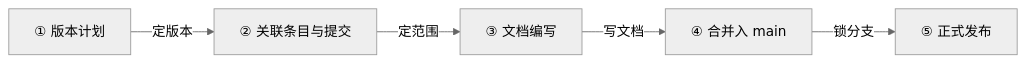
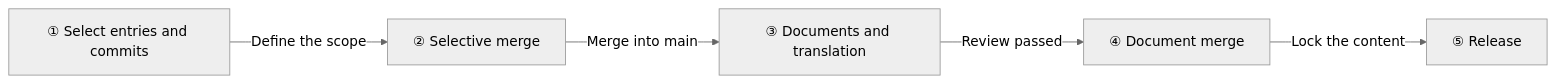
Before and after one commit to adichou/agent-team-board: the second of 4 diagrams in DESIGN_en.md, drawn with Mermaid (neutral theme). The commit also changed other lines of this file and 11 other files, not shown here.

````diff
--- a/DESIGN_en.md
+++ b/DESIGN_en.md
@@ -113,7 +115,7 @@
 ```mermaid
 flowchart LR
-    A["① 版本计划"] -->|"定版本"| B["② 关联条目与提交"]
-    B -->|"定范围"| C["③ 文档编写"]
-    C -->|"写文档"| D["④ 合并入 main"]
-    D -->|"锁分支"| E["⑤ 正式发布"]
+    A["① Select entries and commits"] -->|"Define the scope"| B["② Selective merge"]
+    B -->|"Merge into main"| C["③ Documents and translation"]
+    C -->|"Review passed"| D["④ Document merge"]
+    D -->|"Lock the content"| E["⑤ Release"]
 ```
````
